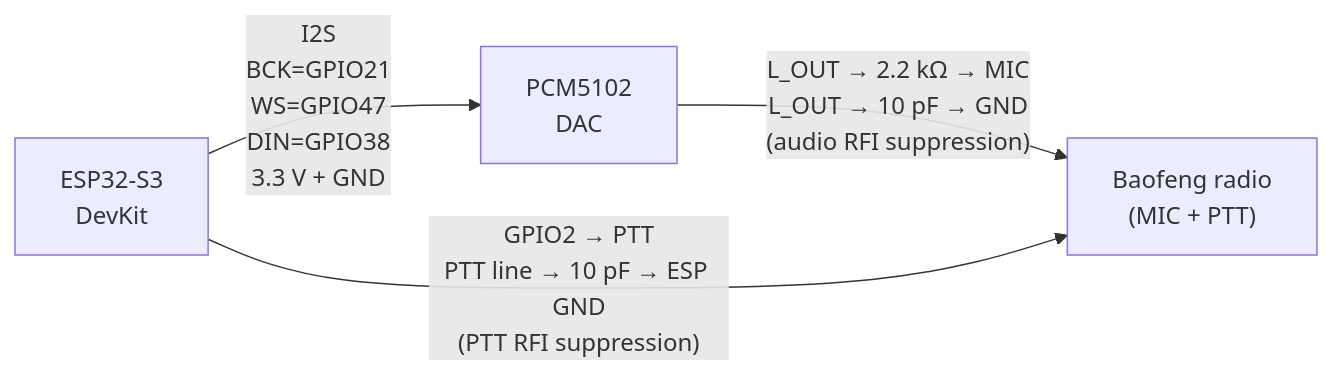
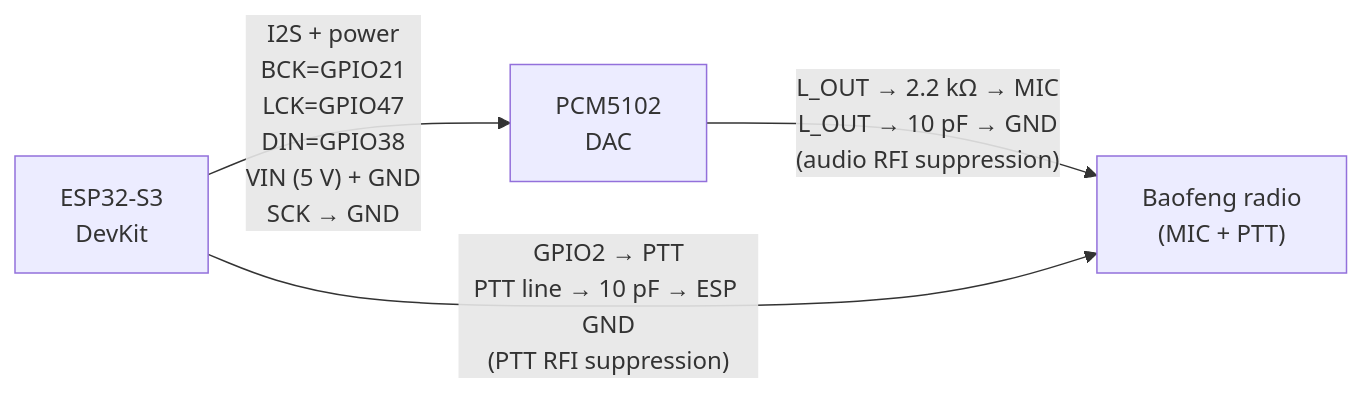
Before and after one commit to RocketManRC/ESP32-S3-FoxHuntVoice: the diagram in README.md, drawn with Mermaid. The commit also changed other lines of this file and 2 other files, not shown here.

First line of the commit message:
README: photos, diagram fixes, credit Pat Gagnon (VE1PAT)

````diff
--- a/README.md
+++ b/README.md
@@ -15,10 +18,10 @@
 ```mermaid
 flowchart LR
     ESP["ESP32-S3<br/>DevKit"]
     DAC["PCM5102<br/>DAC"]
     RADIO["Baofeng radio<br/>(MIC + PTT)"]
 
-    ESP -->|"I2S<br/>BCK=GPIO21<br/>WS=GPIO47<br/>DIN=GPIO38<br/>3.3 V + GND"| DAC
+    ESP -->|"I2S + power<br/>BCK=GPIO21<br/>LCK=GPIO47<br/>DIN=GPIO38<br/>VIN (5 V) + GND<br/>SCK → GND"| DAC
     DAC -->|"L_OUT → 2.2 kΩ → MIC<br/>L_OUT → 10 pF → GND<br/>(audio RFI suppression)"| RADIO
     ESP -->|"GPIO2 → PTT<br/>PTT line → 10 pF → ESP GND<br/>(PTT RFI suppression)"| RADIO
 ```
````
